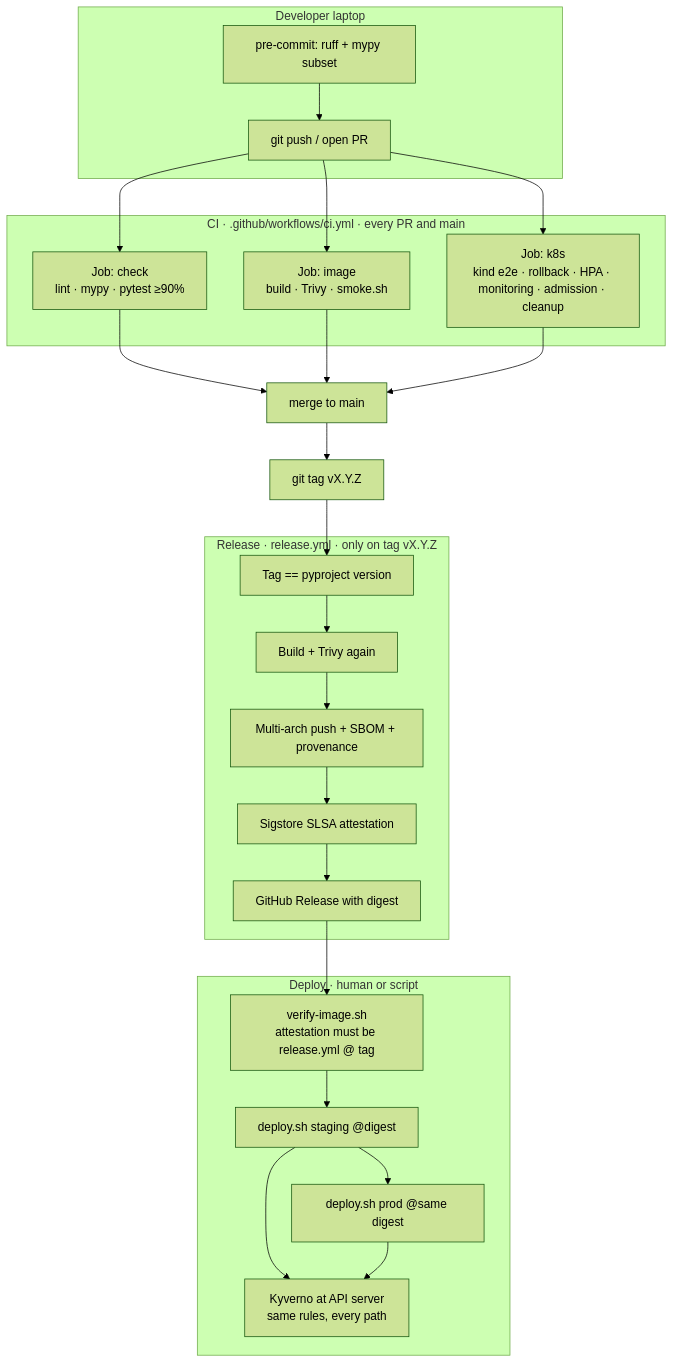
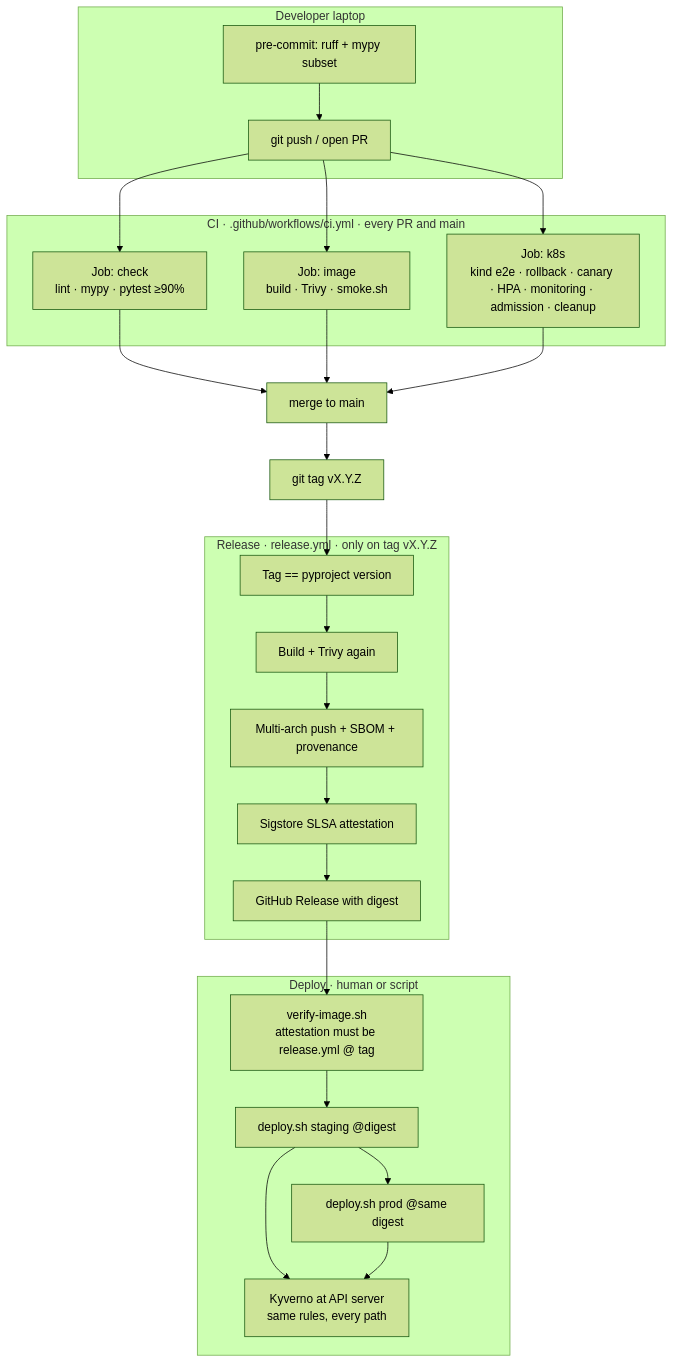
The sixth of 8 diagrams in docs/DESIGN.md (easypeasyops/links), drawn with Mermaid (forest theme) before and after one commit. The commit also changed other lines of this file and 3 other files, not shown here.

First line of the commit message:
fix(canary): HPA drill vs Rollout pods, one zero-traffic reading allowed; DESIGN numbers (#41)

````diff
--- a/docs/DESIGN.md
+++ b/docs/DESIGN.md
@@ -529,40 +529,40 @@
 ```mermaid
 flowchart TB
   subgraph local [Developer laptop]
     pre[pre-commit: ruff + mypy subset]
     push[git push / open PR]
   end
 
   subgraph ci [CI · .github/workflows/ci.yml · every PR and main]
     check[Job: check<br/>lint · mypy · pytest ≥90%]
     image[Job: image<br/>build · Trivy · smoke.sh]
-    k8s[Job: k8s<br/>kind e2e · rollback · HPA · monitoring · admission · cleanup]
+    k8s[Job: k8s<br/>kind e2e · rollback · canary · HPA · monitoring · admission · cleanup]
   end
 
   subgraph release [Release · release.yml · only on tag vX.Y.Z]
     match[Tag == pyproject version]
     scan2[Build + Trivy again]
     pushImg[Multi-arch push + SBOM + provenance]
     attest[Sigstore SLSA attestation]
     ghRel[GitHub Release with digest]
   end
 
   subgraph deployPath [Deploy · human or script]
     verify[verify-image.sh<br/>attestation must be release.yml @ tag]
     stg[deploy.sh staging @digest]
     prod[deploy.sh prod @same digest]
     admit[Kyverno at API server<br/>same rules, every path]
   end
 
   pre --> push --> check
   push --> image
   push --> k8s
   check --> merge[merge to main]
   image --> merge
   k8s --> merge
   merge --> tag[git tag vX.Y.Z]
   tag --> match --> scan2 --> pushImg --> attest --> ghRel
   ghRel --> verify --> stg --> prod
   stg --> admit
   prod --> admit
 ```
````
